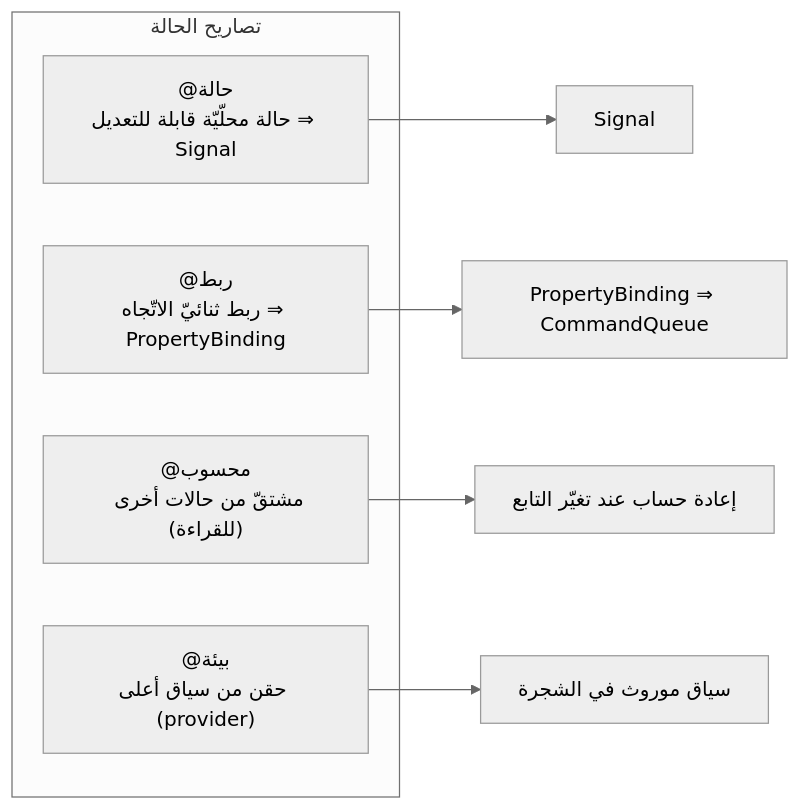
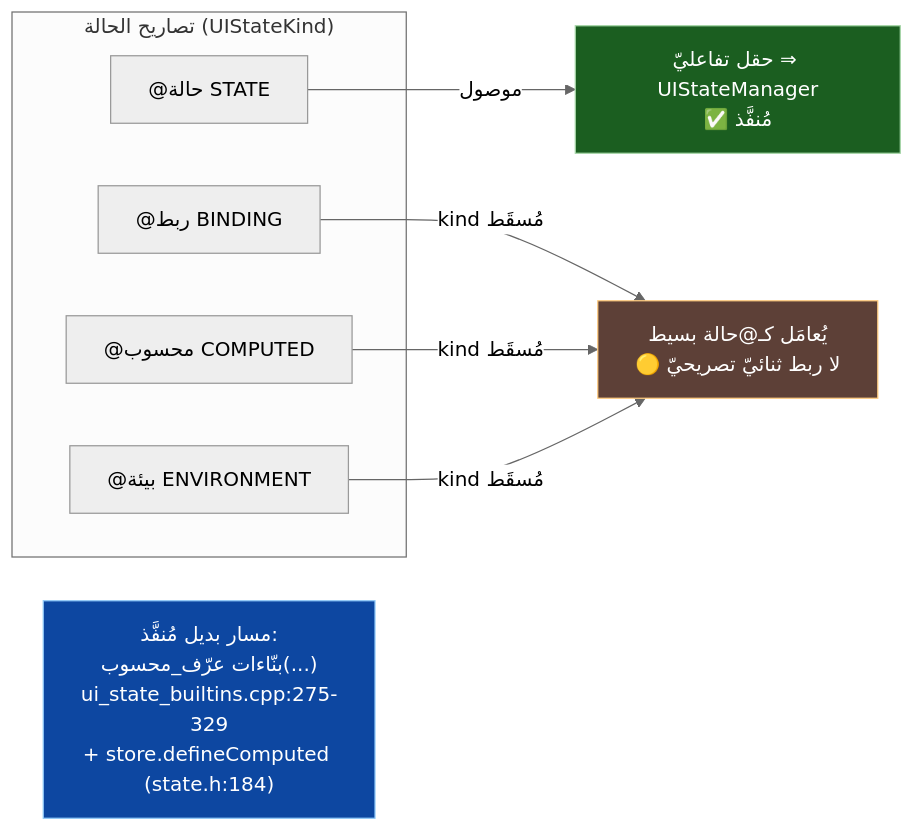
One commit to sadlang/sadlang-planning changed the fourth of 5 diagrams in projects/graphics-sadui/plan/معماريّة-الأحداث-والحالة.md. Above: the diagram before and after it, drawn with Mermaid (neutral theme). The commit also changed other lines of this file, not shown here.

First line of the commit message:
graphics-sadui: مراجعة Amelia لمعماريّة الأحداث/الحالة — تصحيحان جوهريّان

````diff
--- a/projects/graphics-sadui/plan/معماريّة-الأحداث-والحالة.md
+++ b/projects/graphics-sadui/plan/معماريّة-الأحداث-والحالة.md
@@ -76,13 +106,19 @@
 ```mermaid
 flowchart LR
-    subgraph STATE["تصاريح الحالة"]
-        A["@حالة\nحالة محلّيّة قابلة للتعديل ⇒ Signal"]
-        B["@ربط\nربط ثنائيّ الاتّجاه ⇒ PropertyBinding"]
-        C["@محسوب\nمشتقّ من حالات أخرى (للقراءة)"]
-        D["@بيئة\nحقن من سياق أعلى (provider)"]
+    subgraph STATE["تصاريح الحالة (UIStateKind)"]
+        A["@حالة STATE"]
+        B["@ربط BINDING"]
+        C["@محسوب COMPUTED"]
+        D["@بيئة ENVIRONMENT"]
     end
-    A --> SIG["Signal"]
-    B --> PB["PropertyBinding ⇒ CommandQueue"]
-    C --> DER["إعادة حساب عند تغيّر التابع"]
-    D --> CTX["سياق موروث في الشجرة"]
+    A -->|"موصول"| OK["حقل تفاعليّ ⇒ UIStateManager\n✅ مُنفَّذ"]:::ok
+    B -->|"kind مُسقَط"| DEG["يُعامَل كـ@حالة بسيط\n🟡 لا ربط ثنائيّ تصريحيّ"]:::deg
+    C -->|"kind مُسقَط"| DEG
+    D -->|"kind مُسقَط"| DEG
+
+    CB["مسار بديل مُنفَّذ:\nبنّاءات عرّف_محسوب(...)\nui_state_builtins.cpp:275-329\n+ store.defineComputed (state.h:184)"]:::alt
+
+    classDef ok fill:#1b5e20,stroke:#a5d6a7,color:#fff;
+    classDef deg fill:#5d4037,stroke:#ffcc80,color:#fff;
+    classDef alt fill:#0d47a1,stroke:#90caf9,color:#fff;
 ```
````
